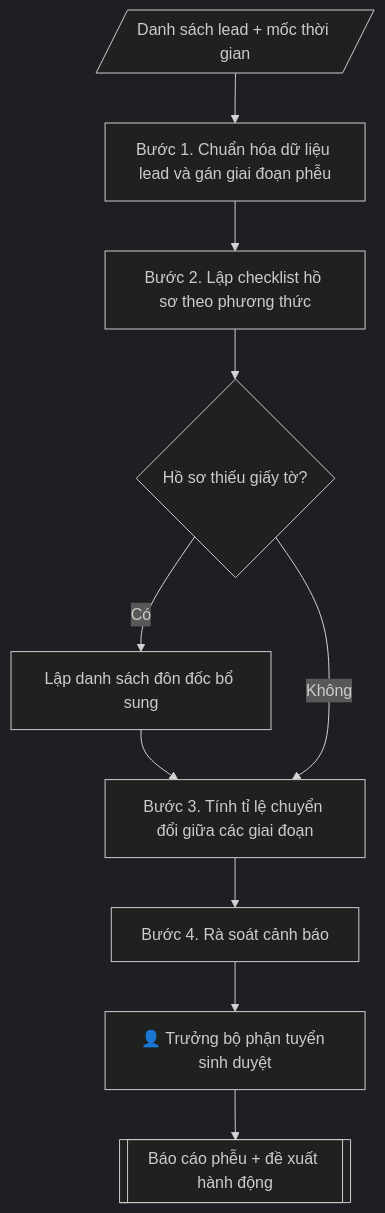
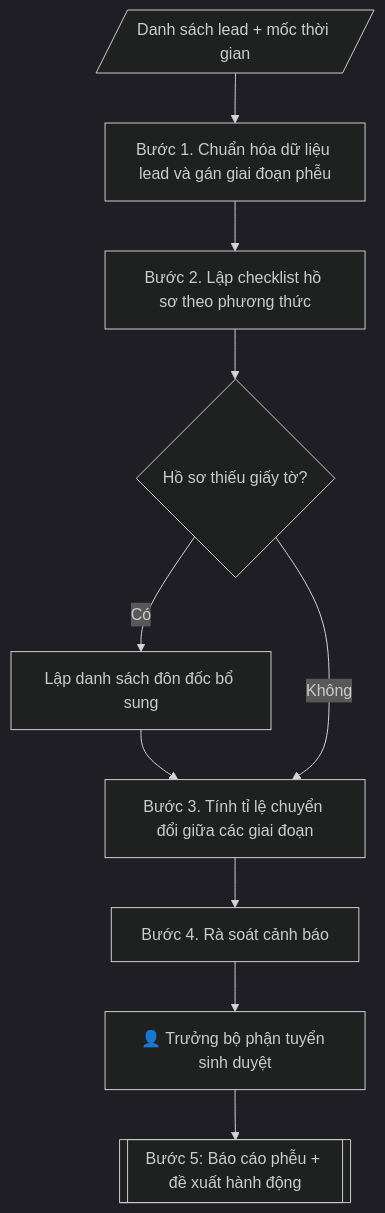
One commit to phamtruong91/dh-skills changed the diagram in skills/funnel-theo-doi-thi-sinh/SKILL.md. Above: the diagram before and after it, drawn with Mermaid (dark theme). The commit also changed 124 other files, not shown here.

````diff
--- a/skills/funnel-theo-doi-thi-sinh/SKILL.md
+++ b/skills/funnel-theo-doi-thi-sinh/SKILL.md
@@ -75,12 +75,12 @@
 ```mermaid
 flowchart TD
     A[/"Danh sách lead + mốc thời gian"/] --> B["Bước 1. Chuẩn hóa dữ liệu lead và gán giai đoạn phễu"]
     B --> C["Bước 2. Lập checklist hồ sơ theo phương thức"]
     C --> D{"Hồ sơ thiếu giấy tờ?"}
     D -->|Có| E["Lập danh sách đôn đốc bổ sung"]
     E --> F["Bước 3. Tính tỉ lệ chuyển đổi giữa các giai đoạn"]
     D -->|Không| F
     F --> G["Bước 4. Rà soát cảnh báo"]
     G --> HG["👤 Trưởng bộ phận tuyển sinh duyệt"]
-    HG --> H[["Báo cáo phễu + đề xuất hành động"]]
+    HG --> H[["Bước 5: Báo cáo phễu + đề xuất hành động"]]
 ```
````
